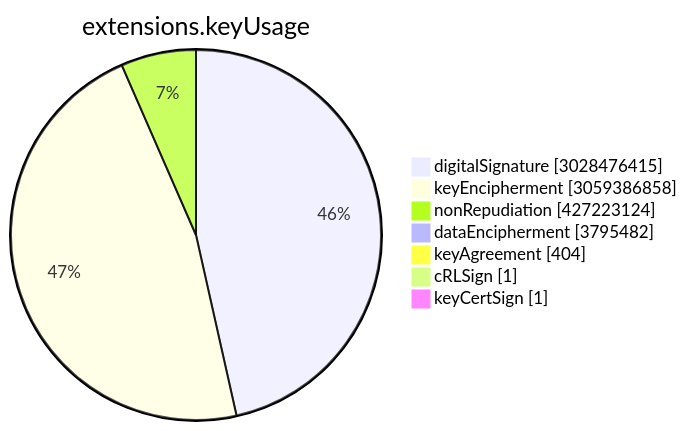
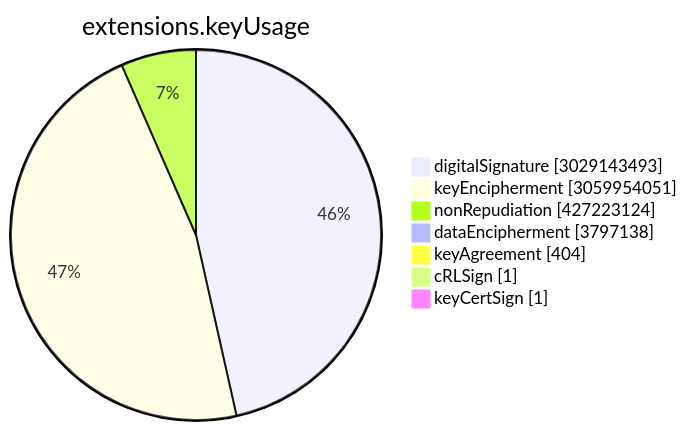
Before and after one commit to christiankrug/ctmonitor_visualization: the sixth of 15 diagrams in TOTAL/README.md, drawn with Mermaid. The commit also changed other lines of this file, not shown here.

````diff
--- a/TOTAL/README.md
+++ b/TOTAL/README.md
@@ -3077,11 +3077,11 @@
 ```mermaid
 pie showData
 title extensions.keyUsage
-"digitalSignature" :3028476415
-"keyEncipherment" :3059386858
+"digitalSignature" :3029143493
+"keyEncipherment" :3059954051
 "nonRepudiation" :427223124
-"dataEncipherment" :3795482
+"dataEncipherment" :3797138
 "keyAgreement" :404
 "cRLSign" :1
 "keyCertSign" :1
 ```
````
